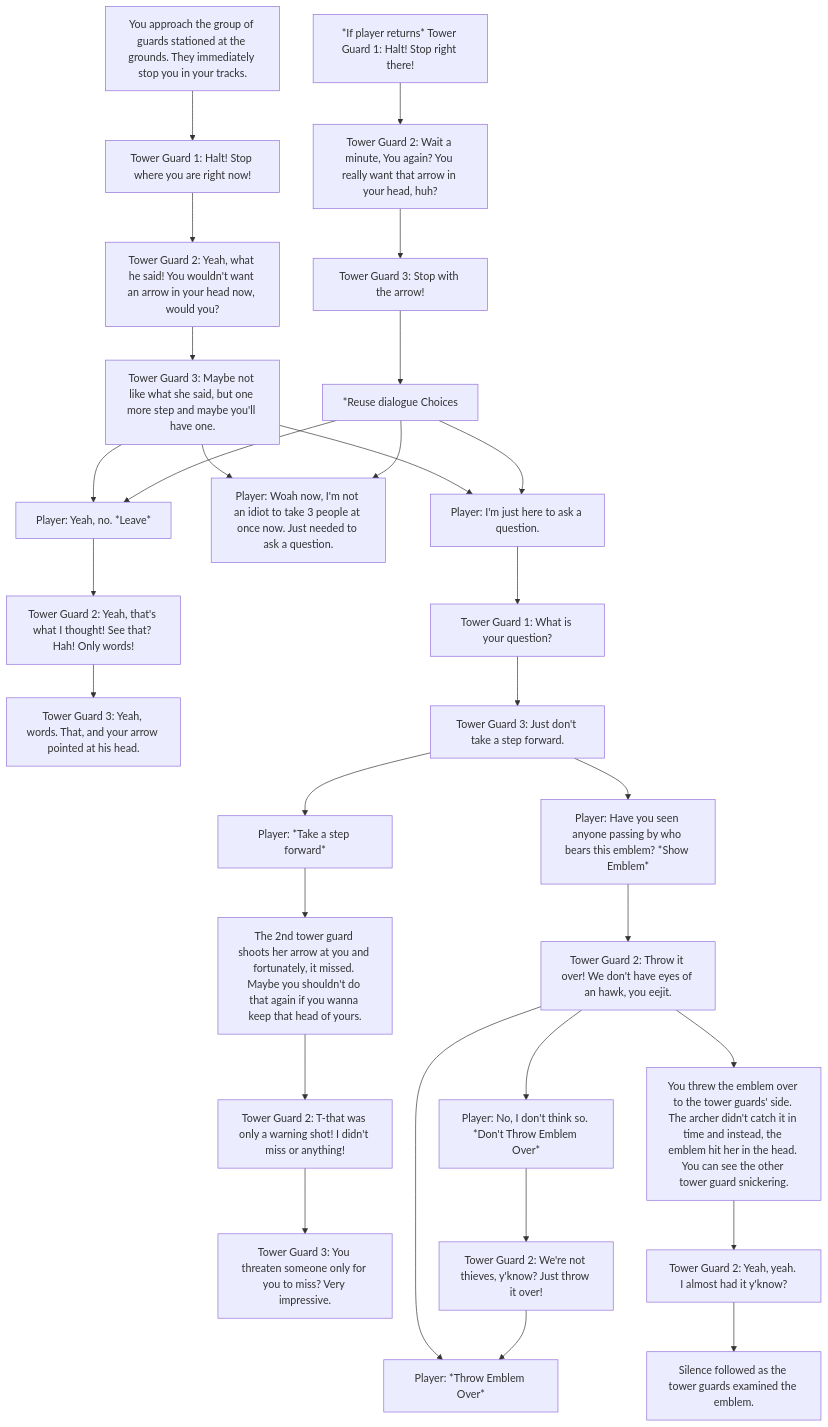
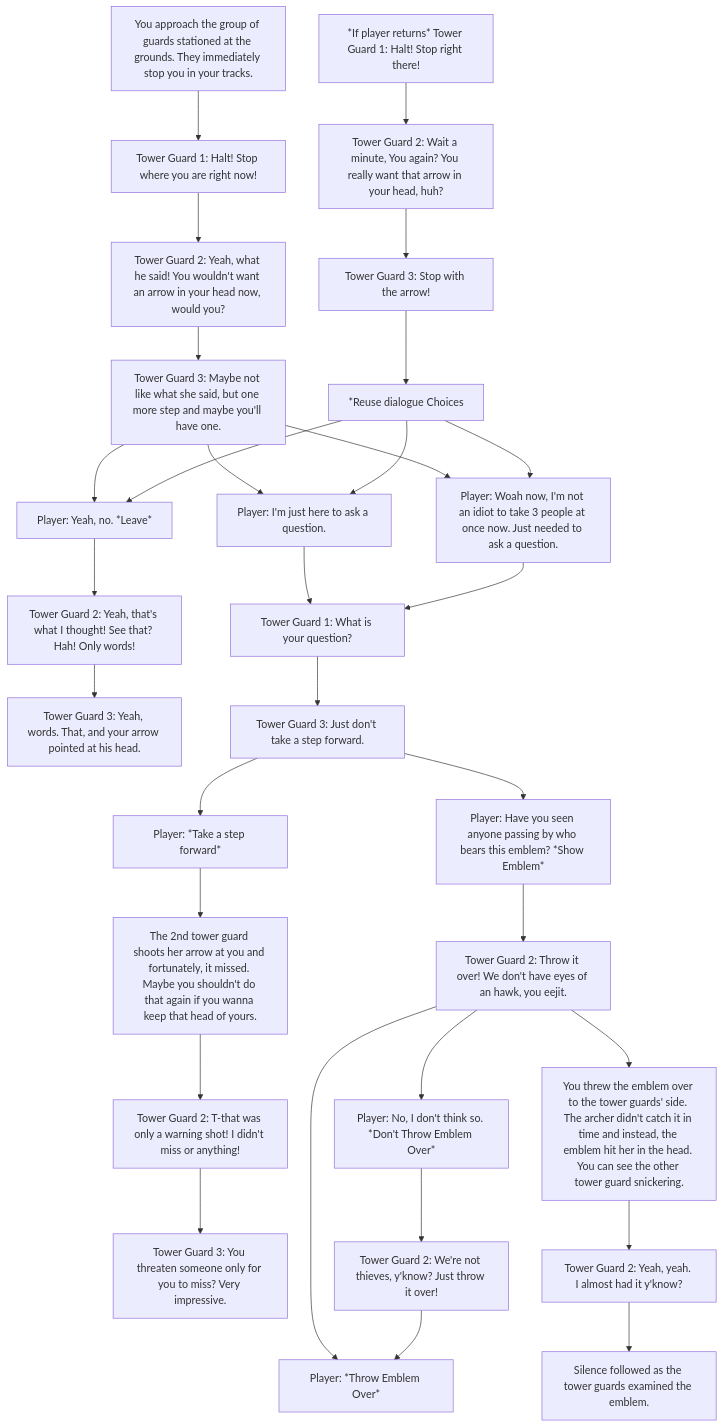
The diagram in Q3-TowerGuards.md (padillaryl/cc3-rpg-DialogueTree), drawn with Mermaid before and after one commit.

````diff
--- a/Q3-TowerGuards.md
+++ b/Q3-TowerGuards.md
@@ -1,46 +1,46 @@
 ```mermaid
 flowchart TD
 
   A[You approach the group of guards stationed at the grounds. They immediately stop you in your tracks.]
   A --> B[Tower Guard 1: Halt! Stop where you are right now!]
   B --> C[Tower Guard 2: Yeah, what he said! You wouldn't want an arrow in your head now, would you?]
   C --> D[Tower Guard 3: Maybe not like what she said, but one more step and maybe you'll have one.]
 
   D --> E[Player: I'm just here to ask a question.]
   D --> F[Player: Woah now, I'm not an idiot to take 3 people at once now. Just needed to ask a question.]
   D --> G[Player: Yeah, no. *Leave*]
 
   G --> H[Tower Guard 2: Yeah, that's what I thought! See that? Hah! Only words!]
   H --> I[Tower Guard 3: Yeah, words. That, and your arrow pointed at his head.]
 
   J[*If player returns* Tower Guard 1: Halt! Stop right there!]
   J --> K[Tower Guard 2: Wait a minute, You again? You really want that arrow in your head, huh?]
   K --> L[Tower Guard 3: Stop with the arrow!]
 
   L --> M[*Reuse dialogue Choices]
   M --> E & F & G
 
-  E --> N[Tower Guard 1: What is your question?]
+  E & F --> N[Tower Guard 1: What is your question?]
   N --> O[Tower Guard 3: Just don't take a step forward.]
 
   O --> P[Player: Have you seen anyone passing by who bears this emblem? *Show Emblem*]
   O --> Q[Player: *Take a step forward*]
 
   Q --> R[The 2nd tower guard shoots her arrow at you and fortunately, it missed. Maybe you shouldn't do that again if you wanna keep that head of yours.]
   R --> S[Tower Guard 2: T-that was only a warning shot! I didn't miss or anything!]
   S --> T[Tower Guard 3: You threaten someone only for you to miss? Very impressive.]
 
   P --> U[Tower Guard 2: Throw it over! We don't have eyes of an hawk, you eejit.]
   U --> V[Player: *Throw Emblem Over*]
   U --> W[Player: No, I don't think so. *Don't Throw Emblem Over*]
 
   W --> X[Tower Guard 2: We're not thieves, y'know? Just throw it over!]
   X --> V
 
   U --> Y[You threw the emblem over to the tower guards' side. The archer didn't catch it in time and instead, the emblem hit her in the head. You can see the other tower guard snickering.]
   Y --> Z[Tower Guard 2: Yeah, yeah. I almost had it y'know?]
 
   Z --> A1[Silence followed as the tower guards examined the emblem.]
 
   
 ```
````
